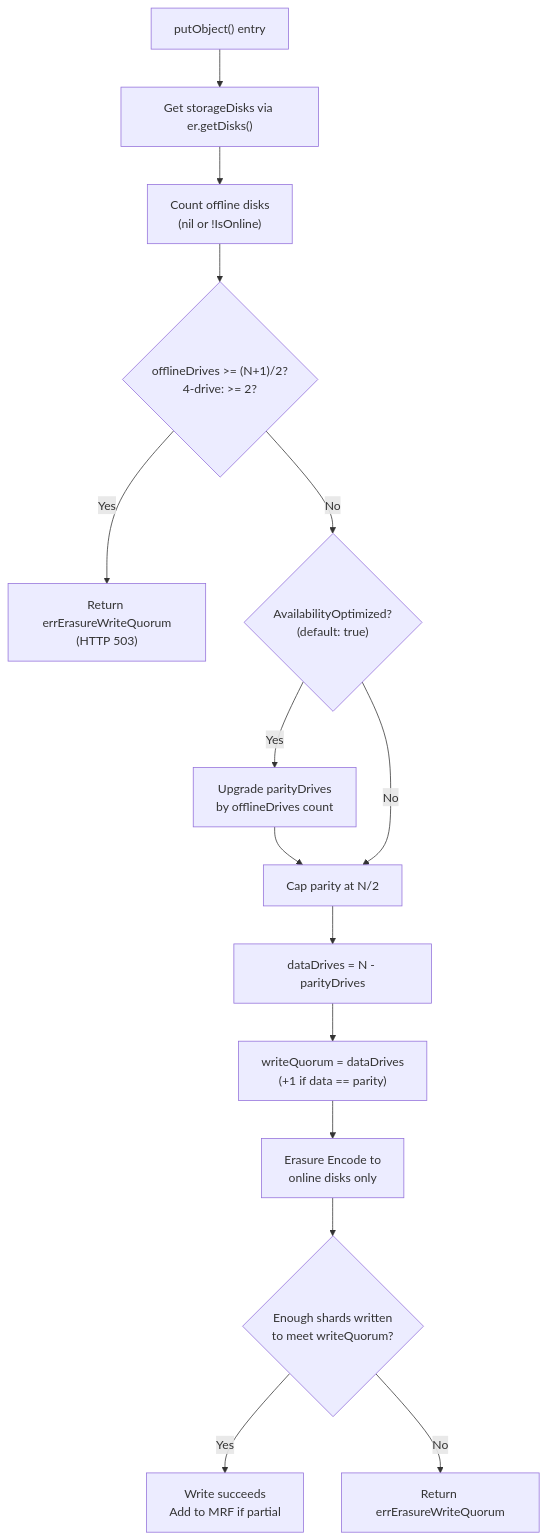
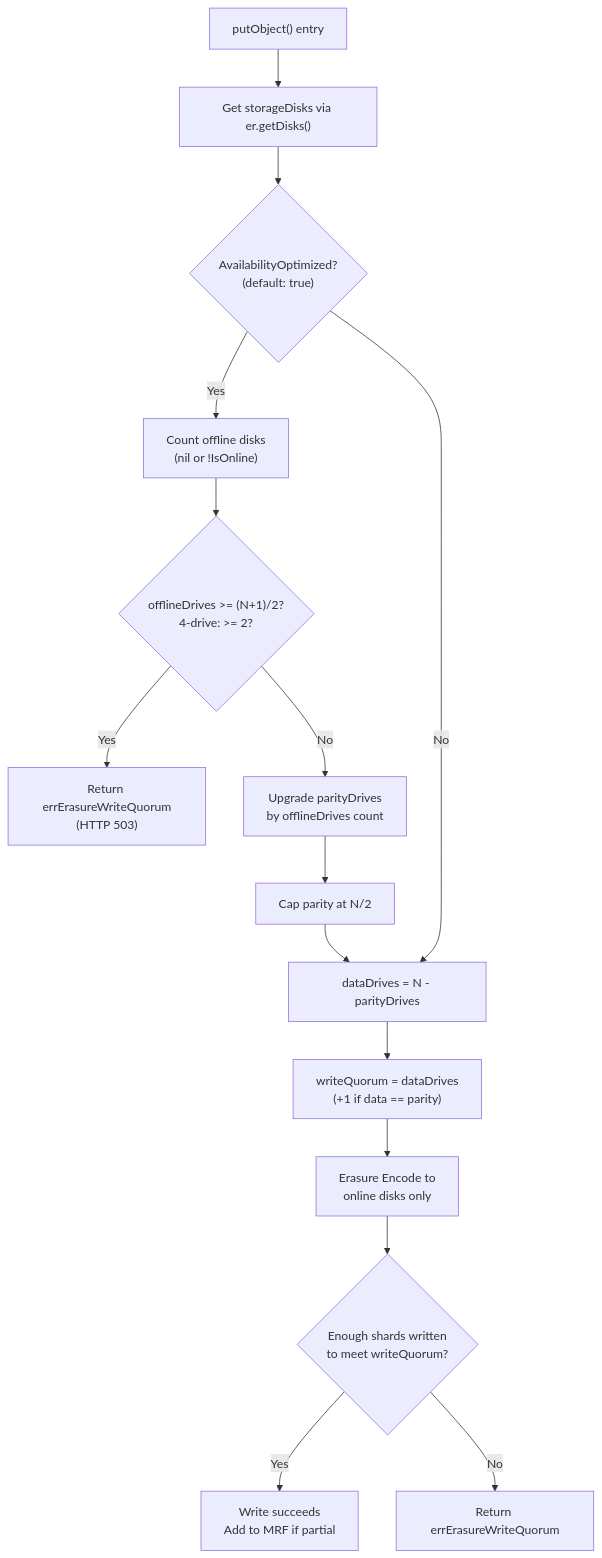
One commit to blitzy-research/minio changed the first of 2 diagrams in blitzy/documentation/minio_c07e5b49d477.md. Above: the diagram before and after it, drawn with Mermaid. The commit also changed other lines of this file, not shown here.

````diff
--- a/blitzy/documentation/minio_c07e5b49d477.md
+++ b/blitzy/documentation/minio_c07e5b49d477.md
@@ -398,17 +398,17 @@
 ```mermaid
 flowchart TD
     A["putObject() entry"] --> B["Get storageDisks via er.getDisks()"]
-    B --> C["Count offline disks<br/>(nil or !IsOnline)"]
+    B --> F{"AvailabilityOptimized?<br/>(default: true)"}
+    F -->|"Yes"| C["Count offline disks<br/>(nil or !IsOnline)"]
     C --> D{"offlineDrives >= (N+1)/2?<br/>4-drive: >= 2?"}
     D -->|"Yes"| E["Return errErasureWriteQuorum<br/>(HTTP 503)"]
-    D -->|"No"| F{"AvailabilityOptimized?<br/>(default: true)"}
-    F -->|"Yes"| G["Upgrade parityDrives<br/>by offlineDrives count"]
+    D -->|"No"| G["Upgrade parityDrives<br/>by offlineDrives count"]
     G --> H["Cap parity at N/2"]
-    F -->|"No"| H
     H --> I["dataDrives = N - parityDrives"]
+    F -->|"No"| I
     I --> J["writeQuorum = dataDrives<br/>(+1 if data == parity)"]
     J --> K["Erasure Encode to<br/>online disks only"]
     K --> L{"Enough shards written<br/>to meet writeQuorum?"}
     L -->|"Yes"| M["Write succeeds<br/>Add to MRF if partial"]
     L -->|"No"| N["Return errErasureWriteQuorum"]
 ```
````
